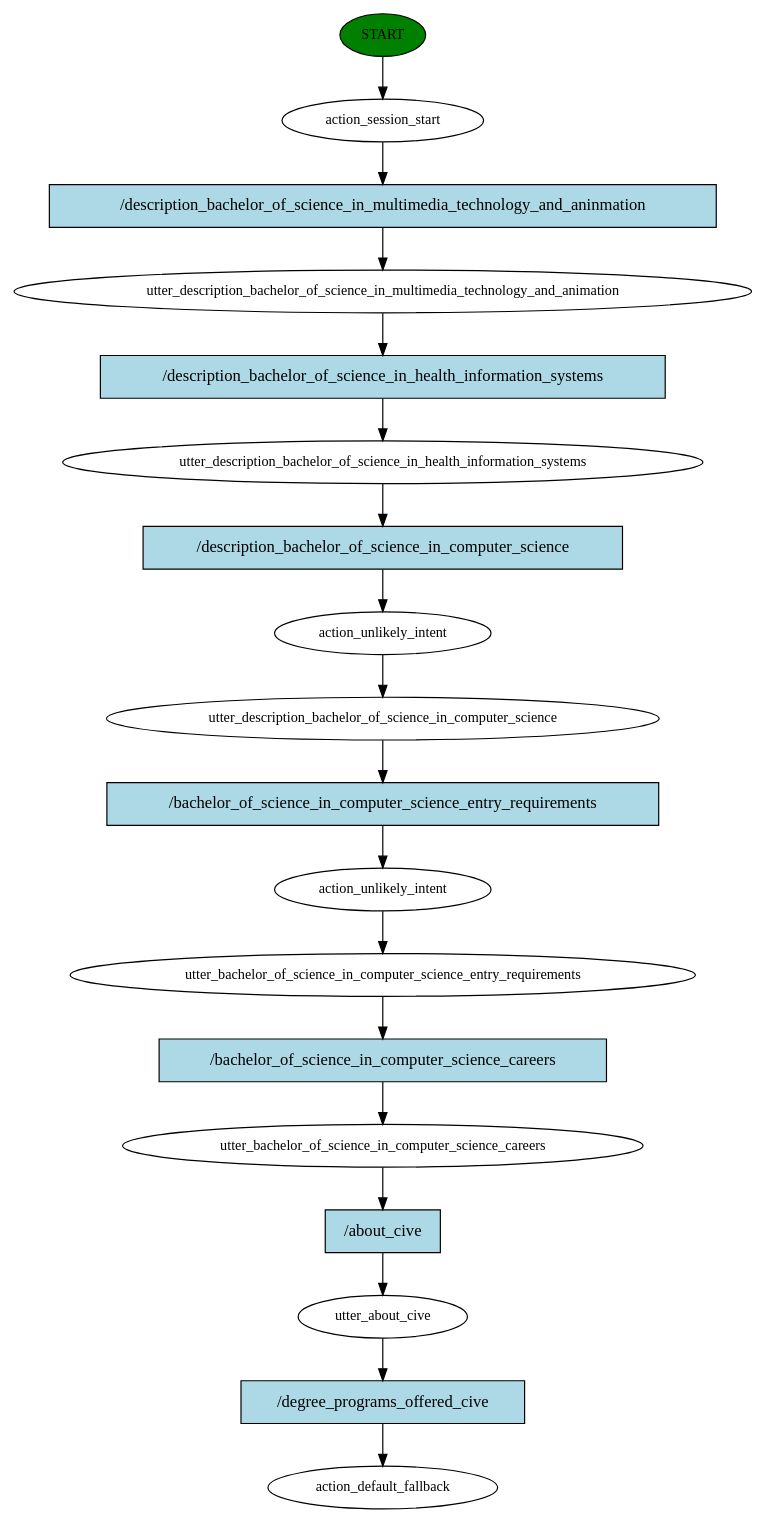
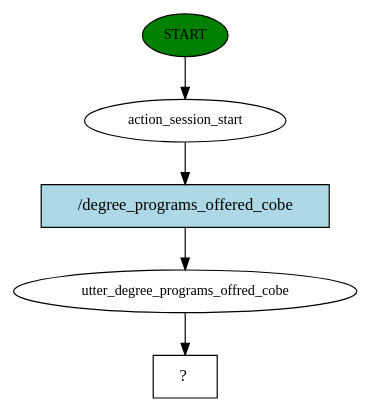
The diagram in story_graph.dot (boychild2197/Bot_Backend), drawn with Graphviz before and after one commit. The commit also changed 3 other files, not shown here.

```diff
--- a/story_graph.dot
+++ b/story_graph.dot
@@ -1,37 +1,11 @@
 digraph  {
 0 [class="start active", fillcolor=green, fontsize=12, label=START, style=filled];
 1 [class=active, fontsize=12, label=action_session_start];
-2 [class=active, fontsize=12, label=utter_description_bachelor_of_science_in_multimedia_technology_and_animation];
-3 [class=active, fontsize=12, label=utter_description_bachelor_of_science_in_health_information_systems];
-4 [class=active, fontsize=12, label=action_unlikely_intent];
-5 [class=active, fontsize=12, label=utter_description_bachelor_of_science_in_computer_science];
-6 [class=active, fontsize=12, label=action_unlikely_intent];
-7 [class=active, fontsize=12, label=utter_bachelor_of_science_in_computer_science_entry_requirements];
-8 [class=active, fontsize=12, label=utter_bachelor_of_science_in_computer_science_careers];
-9 [class=active, fontsize=12, label=utter_about_cive];
-10 [class="dashed active", fontsize=12, label=action_default_fallback];
-11 [class="intent active", fillcolor=lightblue, label="/description_bachelor_of_science_in_multimedia_technology_and_aninmation", shape=rect, style=filled];
-12 [class="intent active", fillcolor=lightblue, label="/description_bachelor_of_science_in_health_information_systems", shape=rect, style=filled];
-13 [class="intent active", fillcolor=lightblue, label="/description_bachelor_of_science_in_computer_science", shape=rect, style=filled];
-14 [class="intent active", fillcolor=lightblue, label="/bachelor_of_science_in_computer_science_entry_requirements", shape=rect, style=filled];
-15 [class="intent active", fillcolor=lightblue, label="/bachelor_of_science_in_computer_science_careers", shape=rect, style=filled];
-16 [class="intent active", fillcolor=lightblue, label="/about_cive", shape=rect, style=filled];
-17 [class="intent active", fillcolor=lightblue, label="/degree_programs_offered_cive", shape=rect, style=filled];
+2 [class=active, fontsize=12, label=utter_degree_programs_offred_cobe];
+3 [class="intent dashed active", label="  ?  ", shape=rect];
+4 [class="intent active", fillcolor=lightblue, label="/degree_programs_offered_cobe", shape=rect, style=filled];
 0 -> 1  [class=active, key=NONE, label=""];
-1 -> 11  [class=active, key=0];
-2 -> 12  [class=active, key=0];
-3 -> 13  [class=active, key=0];
-4 -> 5  [class=active, key=NONE, label=""];
-5 -> 14  [class=active, key=0];
-6 -> 7  [class=active, key=NONE, label=""];
-7 -> 15  [class=active, key=0];
-8 -> 16  [class=active, key=0];
-9 -> 17  [class=active, key=0];
-11 -> 2  [class=active, key=0];
-12 -> 3  [class=active, key=0];
-13 -> 4  [class=active, key=0];
-14 -> 6  [class=active, key=0];
-15 -> 8  [class=active, key=0];
-16 -> 9  [class=active, key=0];
-17 -> 10  [class=active, key=0];
+1 -> 4  [class=active, key=0];
+2 -> 3  [class=active, key=NONE, label=""];
+4 -> 2  [class=active, key=0];
 }
```
